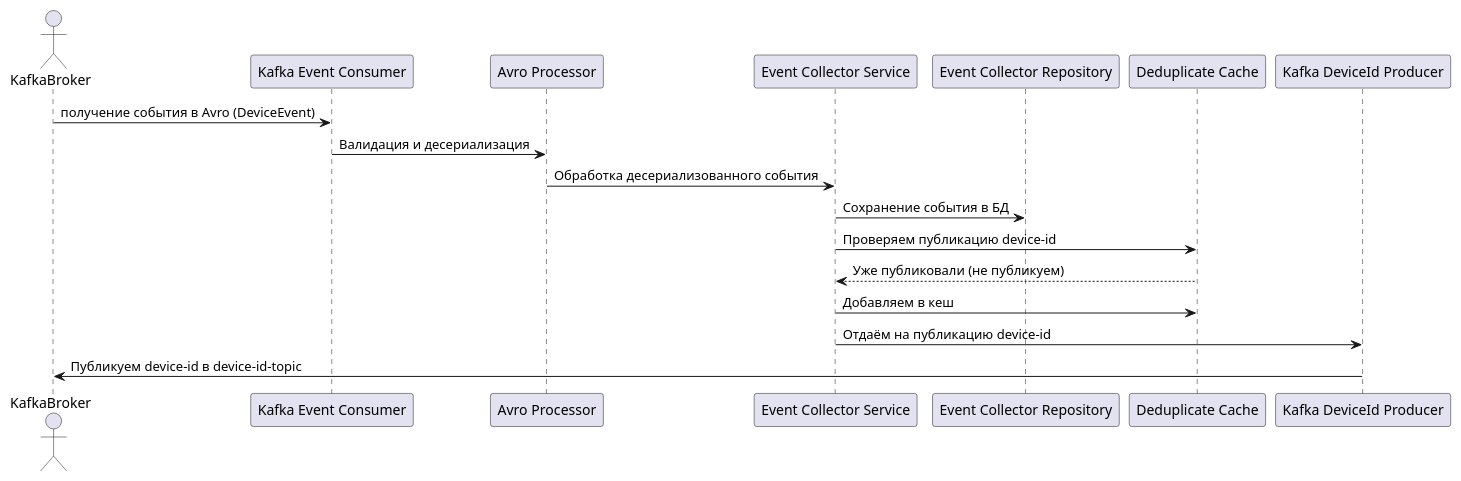
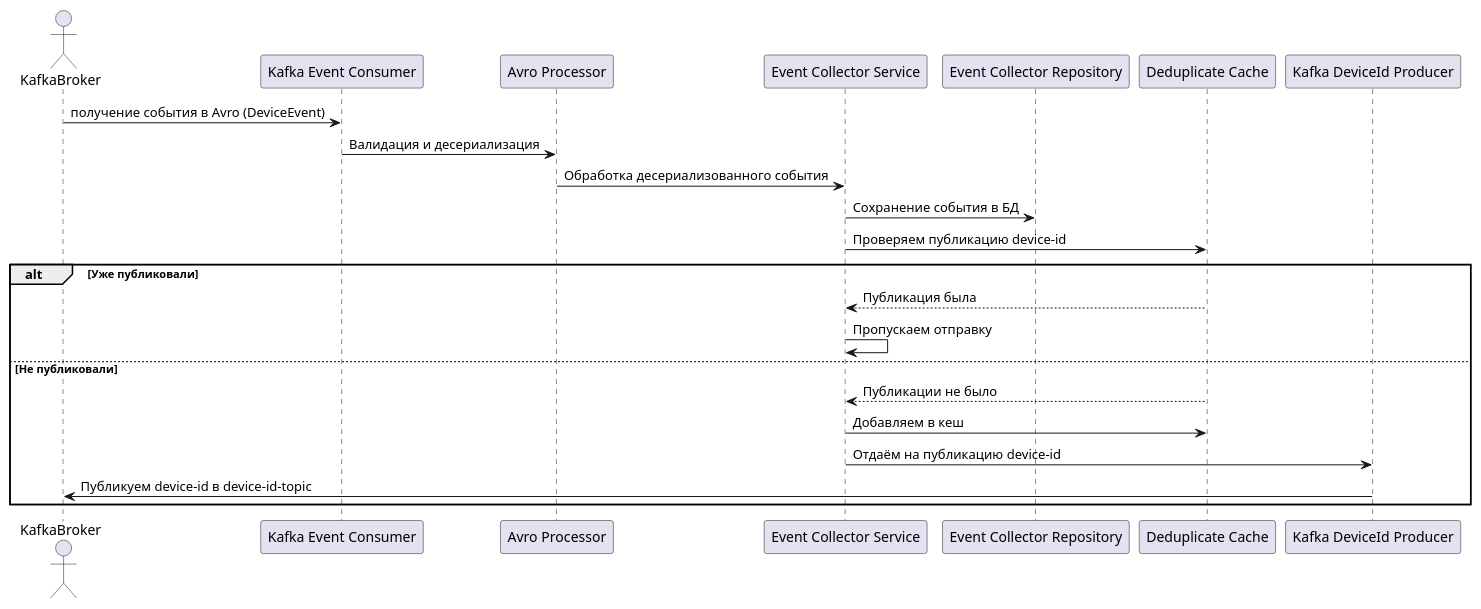
The diagram in diagrams/sequence.puml (SinglePlayer56/iot), drawn with PlantUML before and after one commit.

Commit message:
Add alt section to sequence diagram

```diff
--- a/diagrams/sequence.puml
+++ b/diagrams/sequence.puml
@@ -1,19 +1,25 @@
 @startuml
 actor KafkaBroker
 participant "Kafka Event Consumer" as KEC
 participant "Avro Processor" as AP
 participant "Event Collector Service" as ECS
 participant "Event Collector Repository" as ECR
 participant "Deduplicate Cache" as DDC
 participant "Kafka DeviceId Producer" as KDP
 
 KafkaBroker -> KEC : получение события в Avro (DeviceEvent)
 KEC -> AP : Валидация и десериализация
 AP -> ECS : Обработка десериализованного события
 ECS -> ECR : Сохранение события в БД
 ECS -> DDC : Проверяем публикацию device-id
-DDC --> ECS : Уже публиковали (не публикуем)
-ECS -> DDC : Добавляем в кеш
-ECS -> KDP : Отдаём на публикацию device-id
-KDP -> KafkaBroker : Публикуем device-id в device-id-topic
+
+alt Уже публиковали
+    DDC --> ECS : Публикация была
+    ECS -> ECS: Пропускаем отправку
+else Не публиковали
+    DDC --> ECS : Публикации не было
+    ECS -> DDC : Добавляем в кеш
+    ECS -> KDP : Отдаём на публикацию device-id
+    KDP -> KafkaBroker : Публикуем device-id в device-id-topic
+end
 @enduml
```
